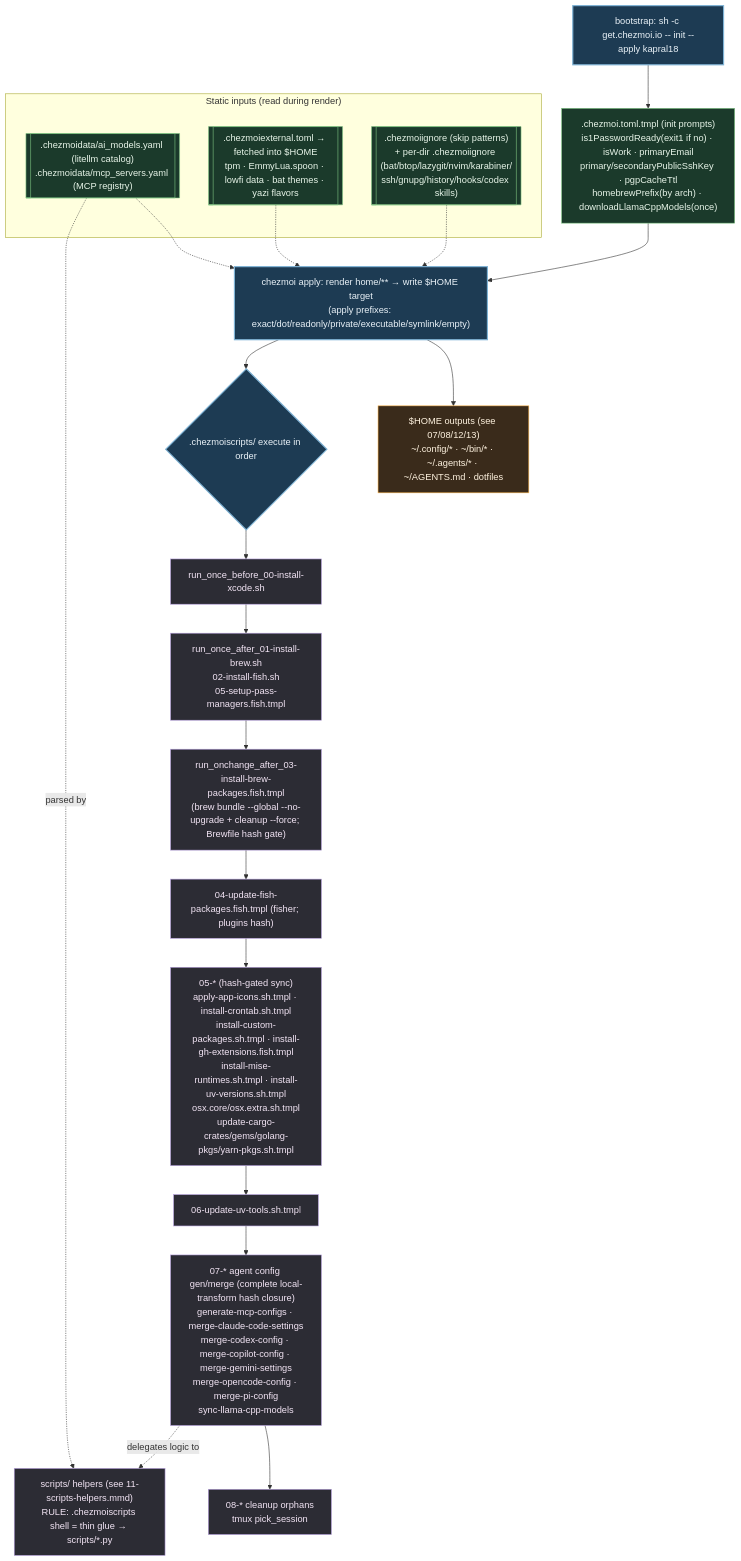
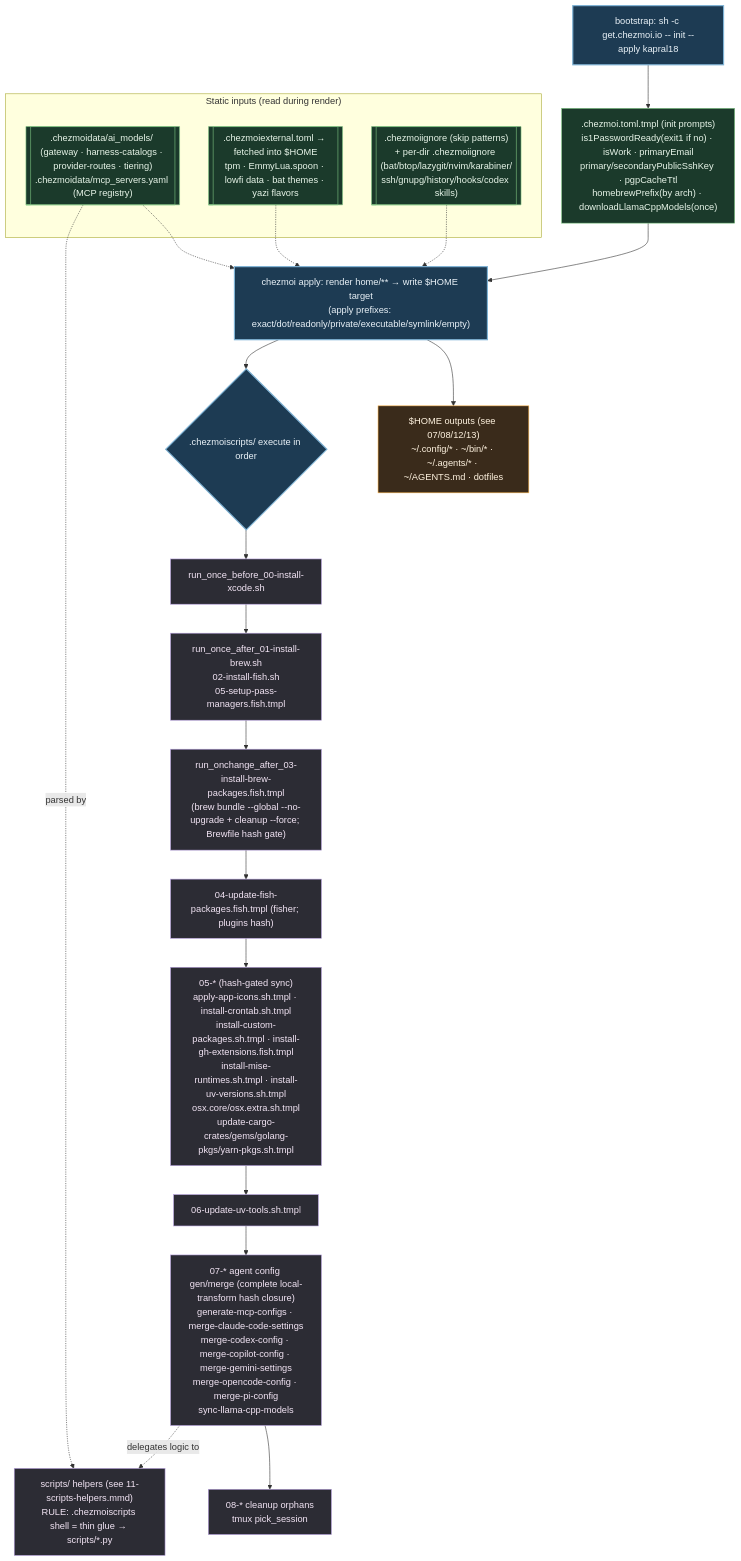
One commit to kapral18/dotfiles changed the diagram in .mermaids/01-chezmoi-pipeline.mmd. Above: the diagram before and after it, drawn with Mermaid. The commit also changed 171 other files, not shown here.

```diff
--- a/.mermaids/01-chezmoi-pipeline.mmd
+++ b/.mermaids/01-chezmoi-pipeline.mmd
@@ -1,41 +1,41 @@
 %% ============================================================================
 %% 01-chezmoi-pipeline.mmd — `chezmoi apply` lifecycle. Names EVERY hook in
 %% home/.chezmoiscripts/ (28) and every config/data input. Hooks run in
 %% filename order: run_once_before < run_once_after < run_onchange_after,
 %% then numeric 00..08 within each class. *.tmpl = templated; .fish.tmpl run
 %% under fish; .sh / .sh.tmpl run under bash.
 %% ============================================================================
 flowchart TD
     classDef phase fill:#1d3b53,stroke:#7fb3d5,color:#eaf2f8,stroke-width:2px;
     classDef data fill:#1b3a2b,stroke:#81c784,color:#e8f5e9;
     classDef script fill:#2c2c34,stroke:#b39ddb,color:#f3e5f5;
     classDef out fill:#3a2b1b,stroke:#ffb74d,color:#fff3e0;
 
     BOOT["bootstrap: sh -c get.chezmoi.io -- init --apply kapral18"]:::phase
     INIT[".chezmoi.toml.tmpl (init prompts)<br/>is1PasswordReady(exit1 if no) · isWork · primaryEmail<br/>primary/secondaryPublicSshKey · pgpCacheTtl<br/>homebrewPrefix(by arch) · downloadLlamaCppModels(once)"]:::data
 
     subgraph INPUTS["Static inputs (read during render)"]
-        DATA[[".chezmoidata/ai_models.yaml (litellm catalog)<br/>.chezmoidata/mcp_servers.yaml (MCP registry)"]]:::data
+        DATA[[".chezmoidata/ai_models/ (gateway · harness-catalogs · provider-routes · tiering)<br/>.chezmoidata/mcp_servers.yaml (MCP registry)"]]:::data
         EXT[[".chezmoiexternal.toml → fetched into $HOME<br/>tpm · EmmyLua.spoon · lowfi data · bat themes · yazi flavors"]]:::data
         IGN[[".chezmoiignore (skip patterns)<br/>+ per-dir .chezmoiignore (bat/btop/lazygit/nvim/karabiner/<br/>ssh/gnupg/history/hooks/codex skills)"]]:::data
     end
 
     BOOT --> INIT --> APPLY
     DATA & EXT & IGN -.-> APPLY
 
     APPLY["chezmoi apply: render home/** → write $HOME target<br/>(apply prefixes: exact/dot/readonly/private/executable/symlink/empty)"]:::phase
     APPLY --> TARGETS["$HOME outputs (see 07/08/12/13)<br/>~/.config/* · ~/bin/* · ~/.agents/* · ~/AGENTS.md · dotfiles"]:::out
 
     APPLY --> HOOKS{".chezmoiscripts/ execute in order"}:::phase
 
     HOOKS --> B0["run_once_before_00-install-xcode.sh"]:::script
     B0 --> A01["run_once_after_01-install-brew.sh<br/>02-install-fish.sh<br/>05-setup-pass-managers.fish.tmpl"]:::script
     A01 --> C03["run_onchange_after_03-install-brew-packages.fish.tmpl<br/>(brew bundle --global --no-upgrade + cleanup --force; Brewfile hash gate)"]:::script
     C03 --> C04["04-update-fish-packages.fish.tmpl (fisher; plugins hash)"]:::script
     C04 --> C05["05-* (hash-gated sync)<br/>apply-app-icons.sh.tmpl · install-crontab.sh.tmpl<br/>install-custom-packages.sh.tmpl · install-gh-extensions.fish.tmpl<br/>install-mise-runtimes.sh.tmpl · install-uv-versions.sh.tmpl<br/>osx.core/osx.extra.sh.tmpl<br/>update-cargo-crates/gems/golang-pkgs/yarn-pkgs.sh.tmpl"]:::script
     C05 --> C06["06-update-uv-tools.sh.tmpl"]:::script
     C06 --> C07["07-* agent config gen/merge (complete local-transform hash closure)<br/>generate-mcp-configs · merge-claude-code-settings<br/>merge-codex-config · merge-copilot-config · merge-gemini-settings<br/>merge-opencode-config · merge-pi-config<br/>sync-llama-cpp-models"]:::script
     C07 --> C08["08-* cleanup orphans<br/>tmux pick_session"]:::script
 
     C07 -. delegates logic to .-> HELP["scripts/ helpers (see 11-scripts-helpers.mmd)<br/>RULE: .chezmoiscripts shell = thin glue → scripts/*.py"]:::script
     DATA -.parsed by.-> HELP
```
